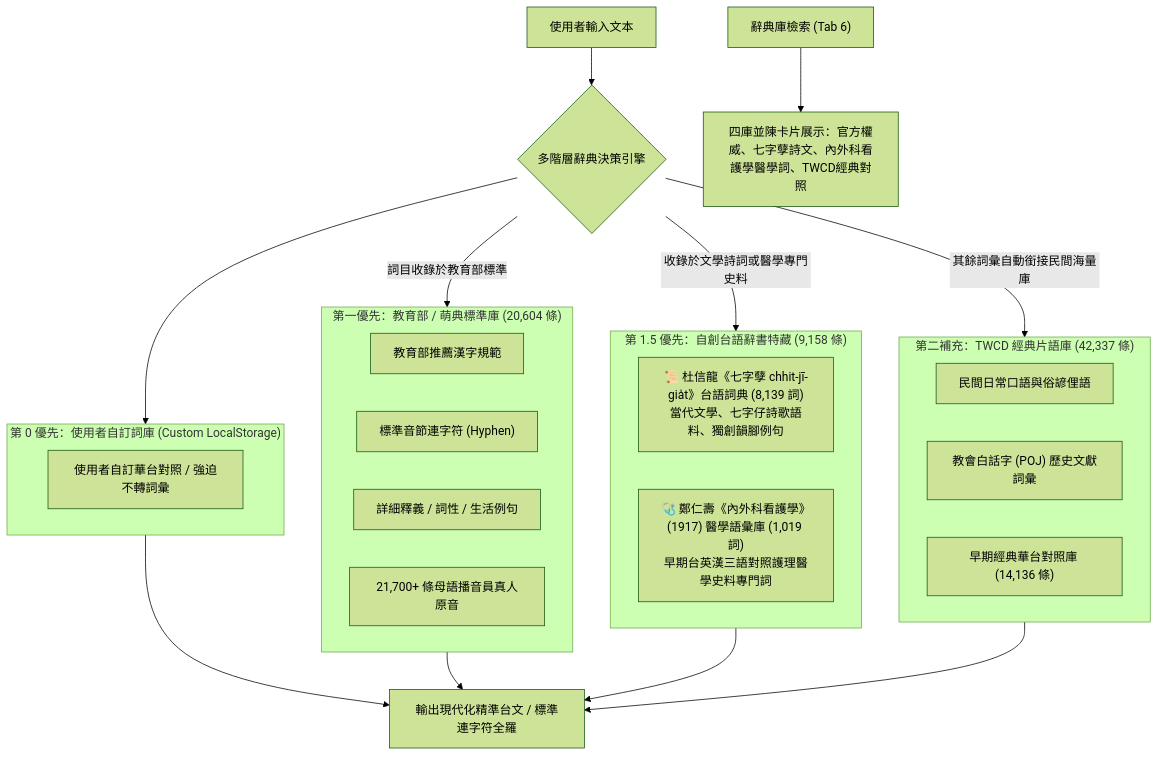
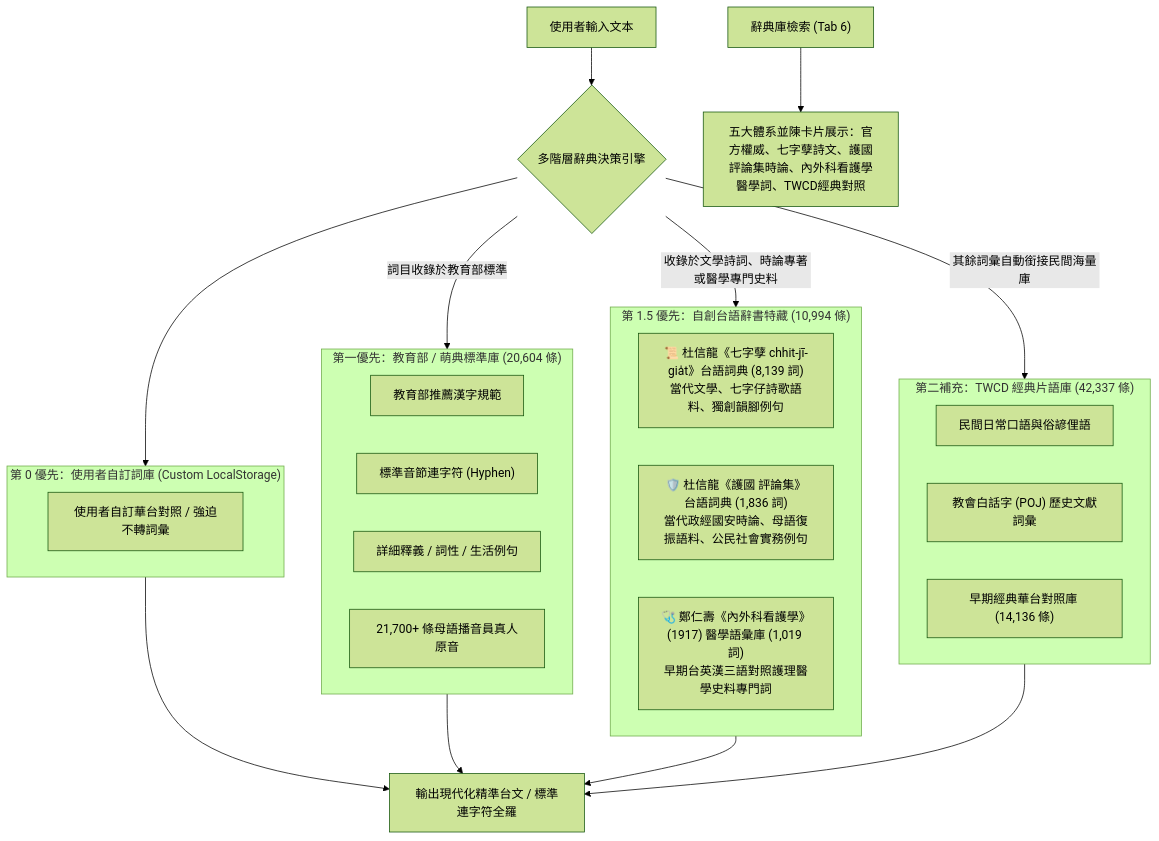
The diagram in README.md (SinLiongToo/twcd-suite), drawn with Mermaid (forest theme) before and after one commit. The commit also changed other lines of this file and 6 other files, not shown here.

````diff
--- a/README.md
+++ b/README.md
@@ -34,38 +34,39 @@
 ```mermaid
 flowchart TD
     User["使用者輸入文本"] --> Engine{"多階層辭典決策引擎"}
     
     subgraph Priority0 ["第 0 優先：使用者自訂詞庫 (Custom LocalStorage)"]
         C1["使用者自訂華台對照 / 強迫不轉詞彙"]
     end
 
     subgraph Priority1 ["第一優先：教育部 / 萌典標準庫 (20,604 條)"]
         M1["教育部推薦漢字規範"]
         M2["標準音節連字符 (Hyphen)"]
         M3["詳細釋義 / 詞性 / 生活例句"]
         M4["21,700+ 條母語播音員真人原音"]
     end
 
-    subgraph Priority15 ["第 1.5 優先：自創台語辭書特藏 (9,158 條)"]
+    subgraph Priority15 ["第 1.5 優先：自創台語辭書特藏 (10,994 條)"]
         S1["📜 杜信龍《七字孽 chhit-jī-gia̍t》台語詞典 (8,139 詞)<br>當代文學、七字仔詩歌語料、獨創韻腳例句"]
+        S3["🛡️ 杜信龍《護國 評論集》台語詞典 (1,836 詞)<br>當代政經國安時論、母語復振語料、公民社會實務例句"]
         S2["🩺 鄭仁壽《內外科看護學》(1917) 醫學語彙庫 (1,019 詞)<br>早期台英漢三語對照護理醫學史料專門詞"]
     end
     
     subgraph Priority2 ["第二補充：TWCD 經典片語庫 (42,337 條)"]
         T1["民間日常口語與俗諺俚語"]
         T2["教會白話字 (POJ) 歷史文獻詞彙"]
         T3["早期經典華台對照庫 (14,136 條)"]
     end
 
     Engine --> Priority0
     Engine -->|"詞目收錄於教育部標準"| Priority1
-    Engine -->|"收錄於文學詩詞或醫學專門史料"| Priority15
+    Engine -->|"收錄於文學詩詞、時論專著或醫學專門史料"| Priority15
     Engine -->|"其餘詞彙自動銜接民間海量庫"| Priority2
     
     Priority0 --> Output["輸出現代化精準台文 / 標準連字符全羅"]
     Priority1 --> Output
     Priority15 --> Output
     Priority2 --> Output
     
-    UserSearch["辭典庫檢索 (Tab 6)"] --> All["四庫並陳卡片展示：官方權威、七字孽詩文、內外科看護學醫學詞、TWCD經典對照"]
+    UserSearch["辭典庫檢索 (Tab 6)"] --> All["五大體系並陳卡片展示：官方權威、七字孽詩文、護國評論集時論、內外科看護學醫學詞、TWCD經典對照"]
 ```
````
